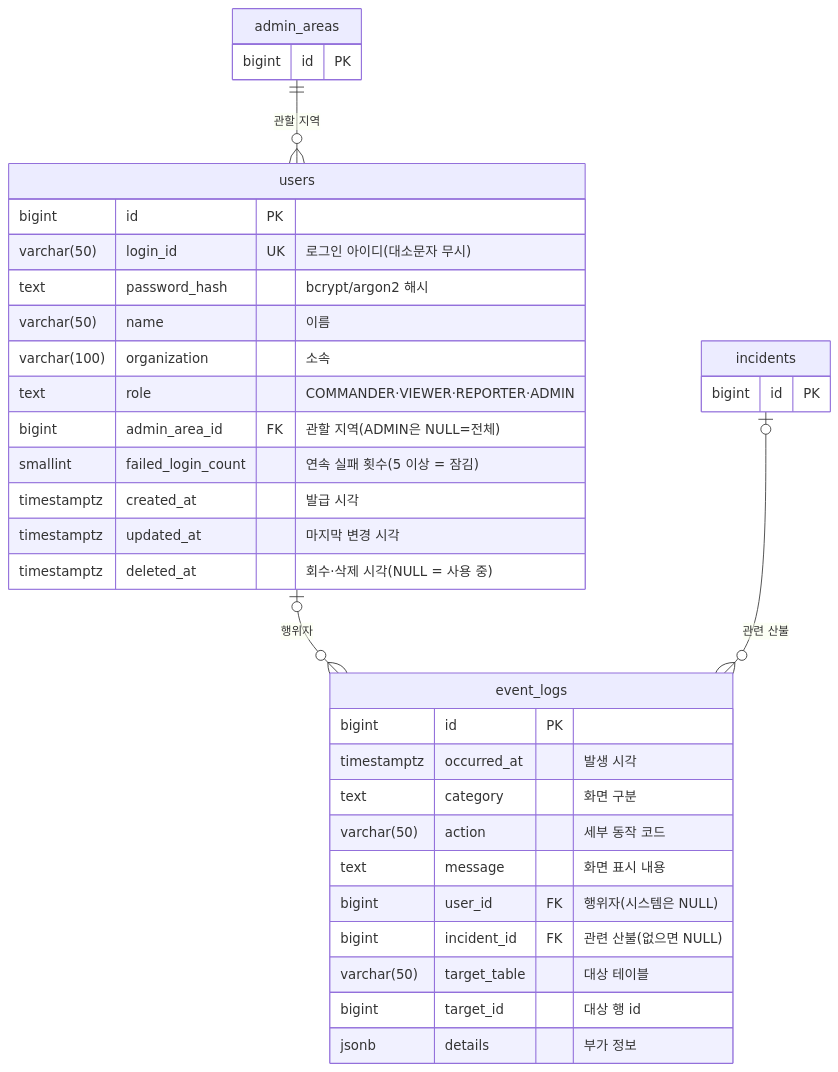
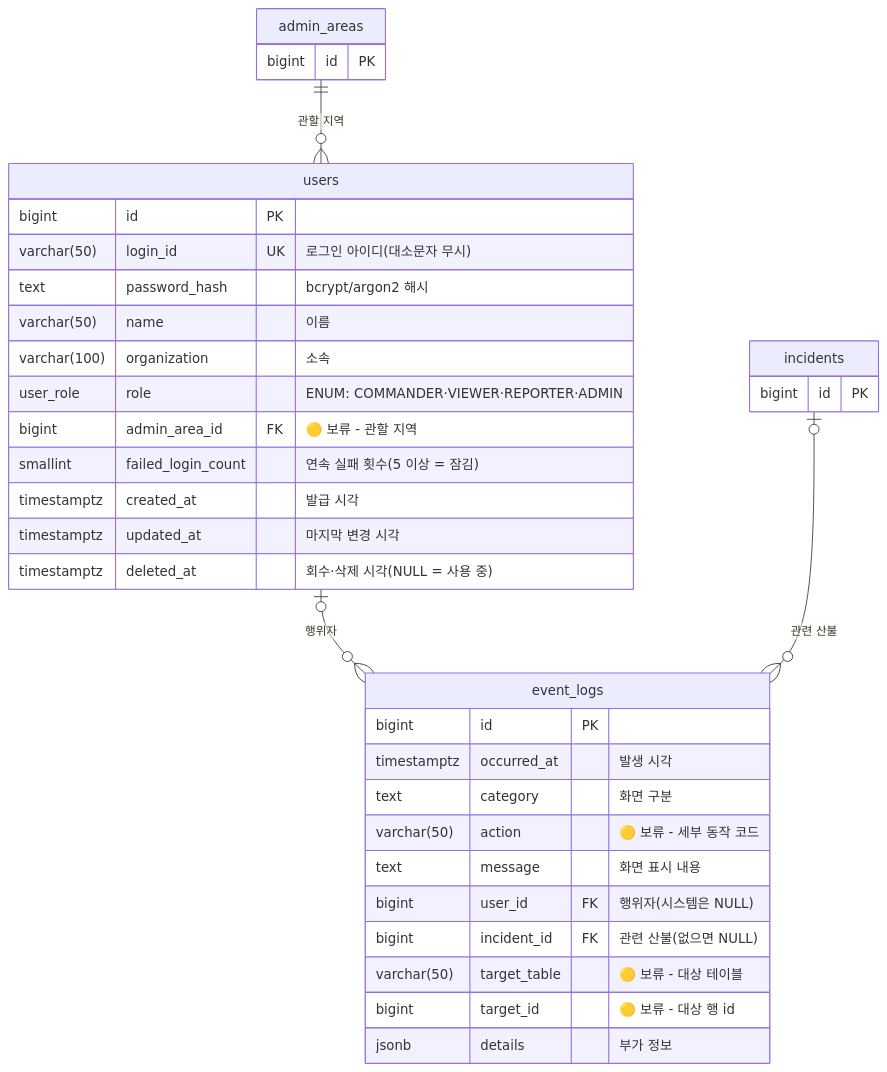
The eighth of 8 diagrams in docs/설계/DB-설계.md (wildfire-guard-capstone/wfg-docs), drawn with Mermaid before and after one commit. The commit also changed other lines of this file, not shown here.

First line of the commit message:
docs: DB 설계 — 애매한 컬럼 🟡 보류 표시와 사유, users.role ENUM으로 변경

````diff
--- a/docs/설계/DB-설계.md
+++ b/docs/설계/DB-설계.md
@@ -595,41 +599,41 @@
 ```mermaid
 erDiagram
     admin_areas ||--o{ users : "관할 지역"
     users |o--o{ event_logs : "행위자"
     incidents |o--o{ event_logs : "관련 산불"
 
     users {
         bigint id PK
         varchar(50) login_id UK "로그인 아이디(대소문자 무시)"
         text password_hash "bcrypt/argon2 해시"
         varchar(50) name "이름"
         varchar(100) organization "소속"
-        text role "COMMANDER·VIEWER·REPORTER·ADMIN"
-        bigint admin_area_id FK "관할 지역(ADMIN은 NULL=전체)"
+        user_role role "ENUM: COMMANDER·VIEWER·REPORTER·ADMIN"
+        bigint admin_area_id FK "🟡 보류 - 관할 지역"
         smallint failed_login_count "연속 실패 횟수(5 이상 = 잠김)"
         timestamptz created_at "발급 시각"
         timestamptz updated_at "마지막 변경 시각"
         timestamptz deleted_at "회수·삭제 시각(NULL = 사용 중)"
     }
 
     event_logs {
         bigint id PK
         timestamptz occurred_at "발생 시각"
         text category "화면 구분"
-        varchar(50) action "세부 동작 코드"
+        varchar(50) action "🟡 보류 - 세부 동작 코드"
         text message "화면 표시 내용"
         bigint user_id FK "행위자(시스템은 NULL)"
         bigint incident_id FK "관련 산불(없으면 NULL)"
-        varchar(50) target_table "대상 테이블"
-        bigint target_id "대상 행 id"
+        varchar(50) target_table "🟡 보류 - 대상 테이블"
+        bigint target_id "🟡 보류 - 대상 행 id"
         jsonb details "부가 정보"
     }
 
     admin_areas {
         bigint id PK
     }
 
     incidents {
         bigint id PK
     }
 ```
````
